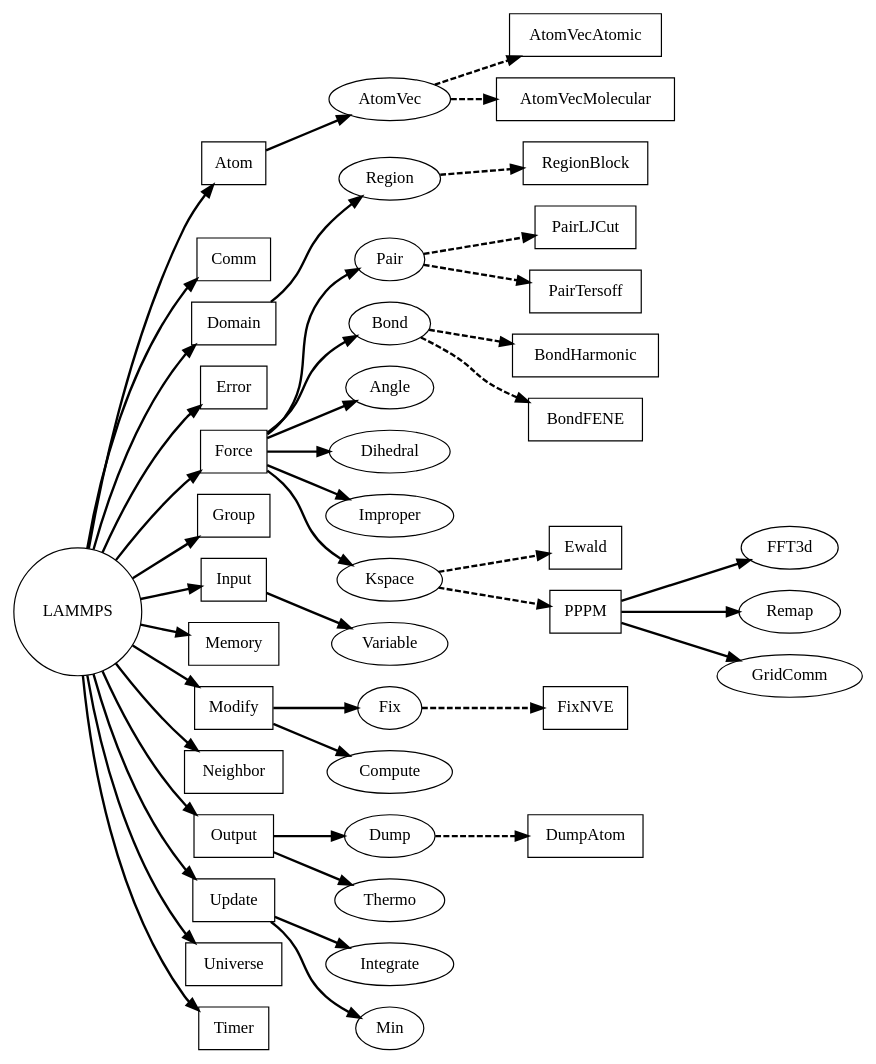
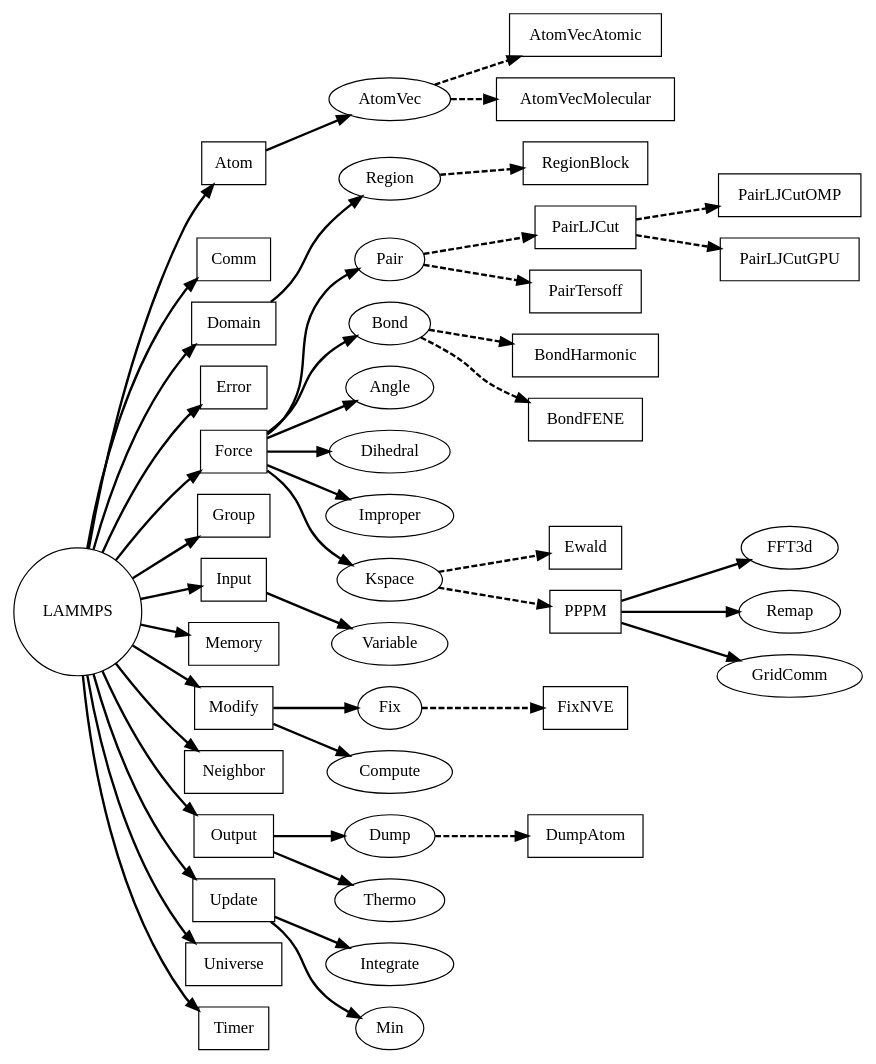
One commit to lammps/lammps changed the diagram in doc/graphviz/lammps-classes.dot. Above: the diagram before and after it, drawn with Graphviz. The commit also changed other lines of this file and 1 other file, not shown here.

Commit message:
add example for Pair style grandchild class

```diff
--- a/doc/graphviz/lammps-classes.dot
+++ b/doc/graphviz/lammps-classes.dot
@@ -1,65 +1,68 @@
 
 // LAMMPS Base Class tree
 digraph lammps {
     rankdir="LR"
     La [shape=circle label="LAMMPS"]
     At [shape=box label="Atom"]
     Co [shape=box label="Comm"]
     Do [shape=box label="Domain"]
     Er [shape=box label="Error"]
     Fo [shape=box label="Force"]
     Gr [shape=box label="Group"]
     In [shape=box label="Input"]
     Me [shape=box label="Memory"]
     Mo [shape=box label="Modify"]
     Ne [shape=box label="Neighbor"]
     Ou [shape=box label="Output"]
     Up [shape=box label="Update"]
     Un [shape=box label="Universe"]
     Ti [shape=box label="Timer"]
     Rg [label="Region"]
     Rb [shape=box label="RegionBlock"]
     Av [label="AtomVec"]
     It [label="Integrate"]
     Mi [label="Min"]
     Pa [label="Pair"]
     Bo [label="Bond"]
     An [label="Angle"]
     Di [label="Dihedral"]
     Im [label="Improper"]
     Ks [label="Kspace"]
     Du [label="Dump"]
     Fi [label="Fix"]
     Cp [label="Compute"]
     Th [label="Thermo"]
     Va [label="Variable"]
     Ew [shape=box label="Ewald"]
     Pp [shape=box label="PPPM"]
     Ff [label="FFT3d"]
     Re [label="Remap"]
     Gc [label="GridComm"]
     Aa [shape=box label="AtomVecAtomic"]
     Am [shape=box label="AtomVecMolecular"]
     Lj [shape=box label="PairLJCut"]
+    Lo [shape=box label="PairLJCutOMP"]
+    Lg [shape=box label="PairLJCutGPU"]
     Te [shape=box label="PairTersoff"]
     Bh [shape=box label="BondHarmonic"]
     Bf [shape=box label="BondFENE"]
     Fn [shape=box label="FixNVE"]
     Da [shape=box label="DumpAtom"]
     La -> {At Co Do Er Fo Gr In Me Mo Ne Ou Ti Up Un} [penwidth=2]
     Do -> {Rg} [penwidth=2]
     Rg -> Rb [style=dashed penwidth=2]
     In -> Va [penwidth=2]
     Mo -> {Fi Cp} [penwidth=2]
     Fo -> {Pa Bo An Di Im Ks} [penwidth=2]
     Ks -> {Ew Pp} [style=dashed penwidth=2]
     Pp -> {Ff Re Gc} [penwidth=2]
     Up -> {It Mi} [penwidth=2]
     Ou -> {Du Th} [penwidth=2]
     Du -> {Da} [style=dashed penwidth=2]
     At -> Av [penwidth=2]
     Av -> {Aa Am} [style=dashed penwidth=2]
     Pa -> {Lj Te} [style=dashed penwidth=2]
+    Lj -> {Lo Lg} [style=dashed penwidth=2]
     Bo -> {Bh Bf} [style=dashed penwidth=2]
     Fi -> {Fn} [style=dashed penwidth=2]
 }
```
